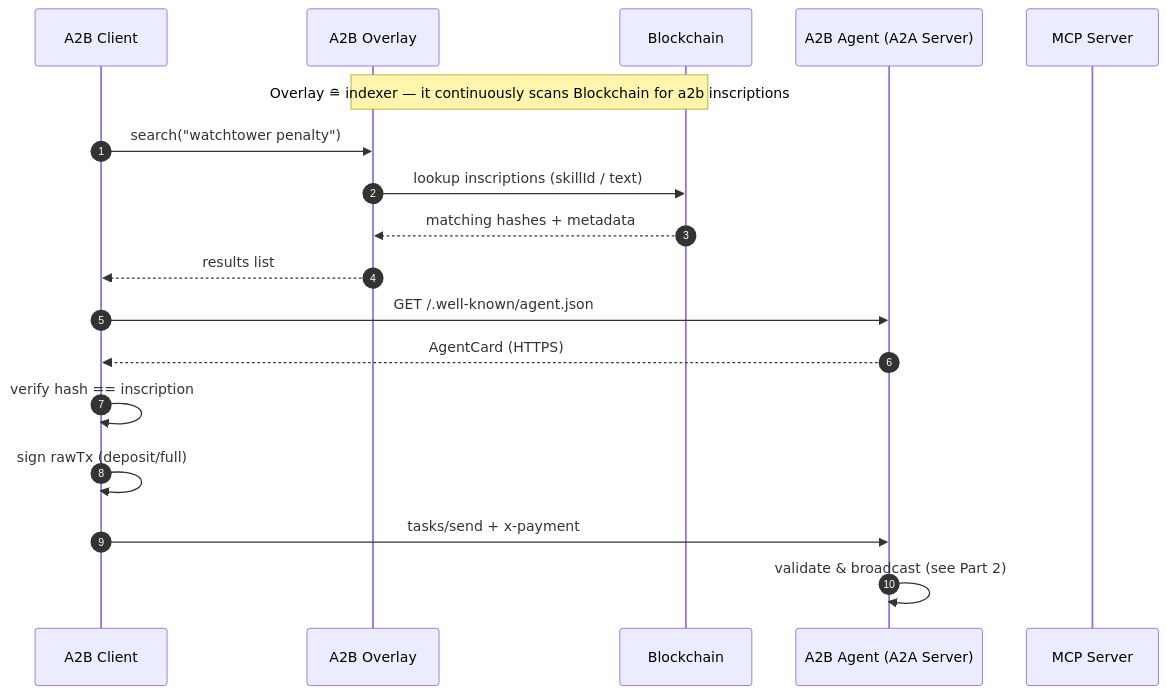
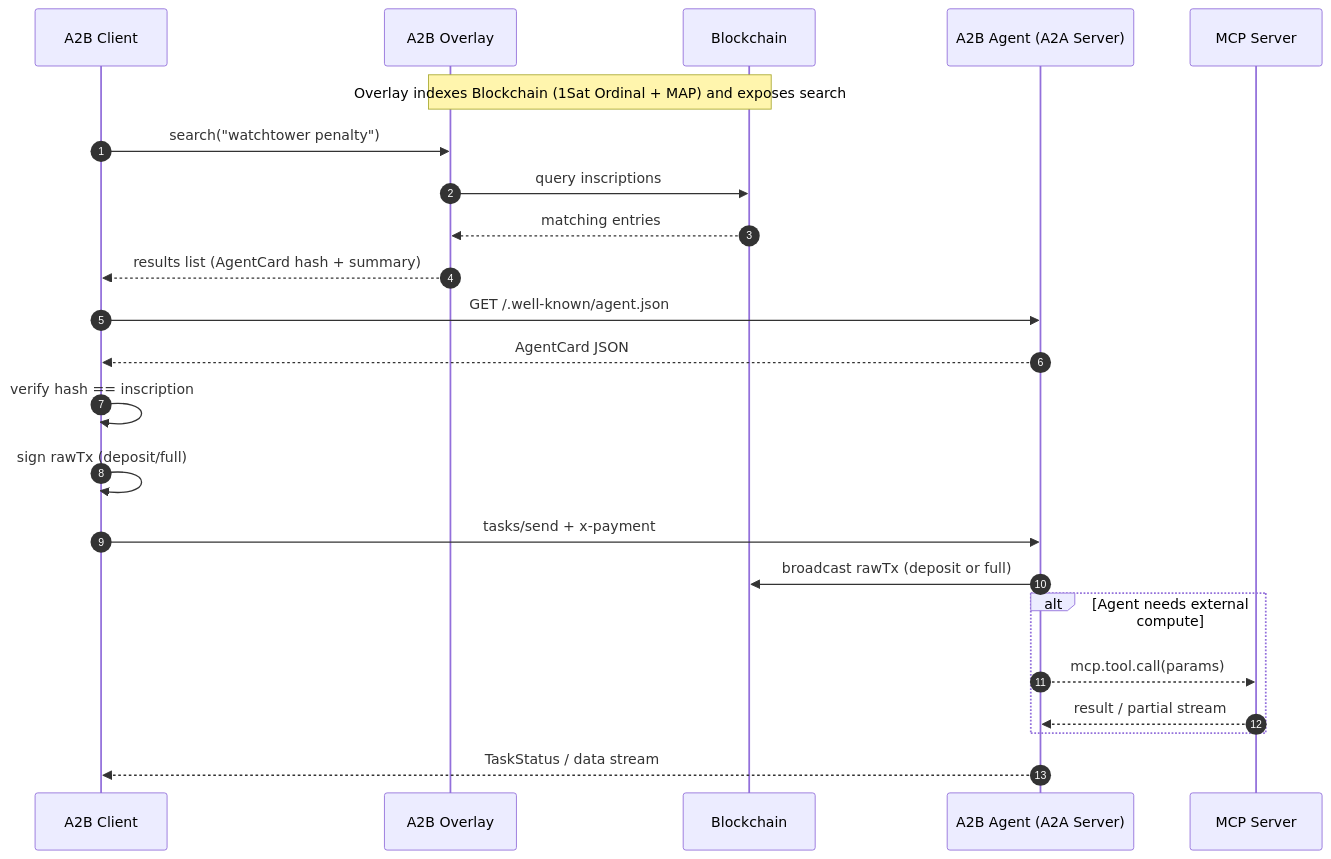
One commit to b-open-io/bsv-mcp changed the first of 6 diagrams in docs/a2b.md. Above: the diagram before and after it, drawn with Mermaid.

Commit message:
Update A2B documentation: refine sequence diagram to clarify overlay's role in indexing Blockchain, improve query and result handling for inscriptions, and enhance transaction broadcasting steps for better understanding.

````diff
--- a/docs/a2b.md
+++ b/docs/a2b.md
@@ -51,24 +51,31 @@
 ```mermaid
 sequenceDiagram
     autonumber
     participant C as A2B Client
     participant O as A2B Overlay
     participant B as Blockchain
     participant S as A2B Agent (A2A Server)
     participant T as MCP Server
 
-    Note over O,B: Overlay ≘ indexer — it continuously scans Blockchain for a2b inscriptions
+    Note over O,B: Overlay indexes Blockchain (1Sat Ordinal + MAP) and exposes search
 
     C->>O: search("watchtower penalty")
-    O->>B: lookup inscriptions (skillId / text)
-    B-->>O: matching hashes + metadata
-    O-->>C: results list
+    O->>B: query inscriptions
+    B-->>O: matching entries
+    O-->>C: results list (AgentCard hash + summary)
 
     C->>S: GET /.well-known/agent.json
-    S-->>C: AgentCard (HTTPS)
+    S-->>C: AgentCard JSON
     C->>C: verify hash == inscription
 
     C->>C: sign rawTx (deposit/full)
-    C->>S: tasks/send + x‑payment
-    S->>S: validate & broadcast (see Part 2)
+    C->>S: tasks/send + x‑payment
+    S->>B: broadcast rawTx (deposit or full)
+
+    alt Agent needs external compute
+        S-->>T: mcp.tool.call(params)
+        T-->>S: result / partial stream
+    end
+
+    S-->>C: TaskStatus / data stream
 ```
````
